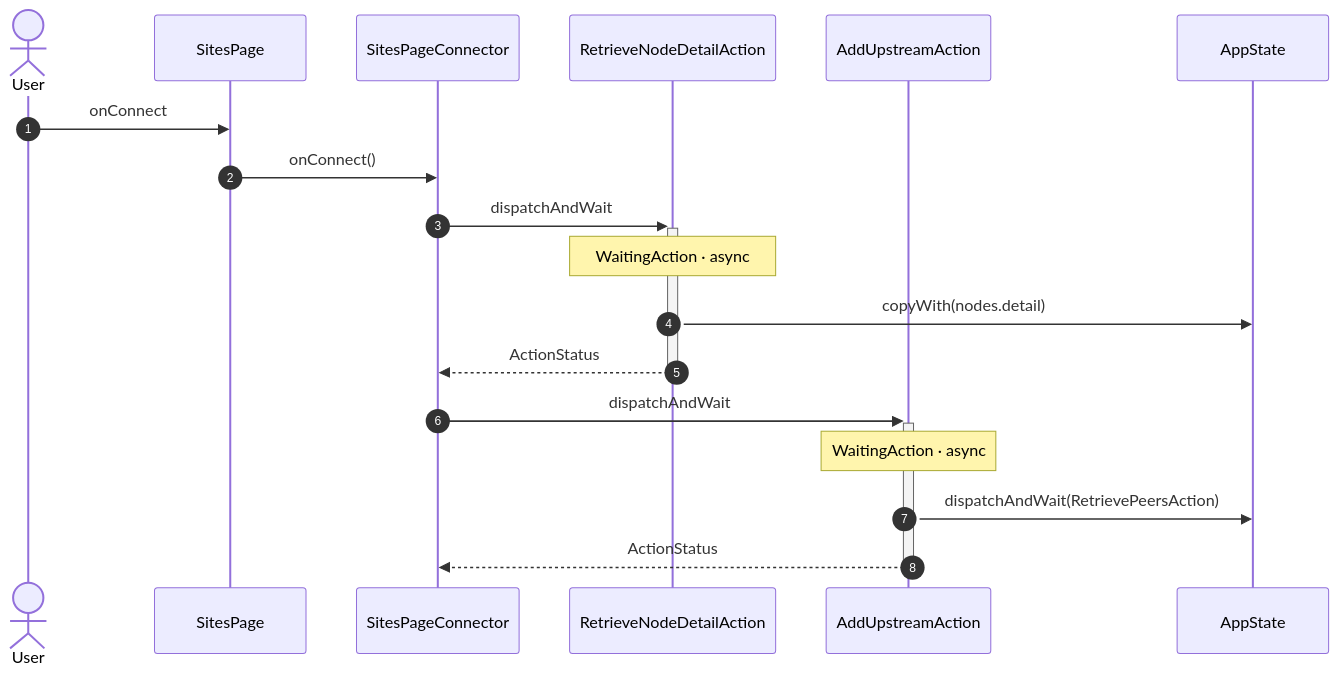
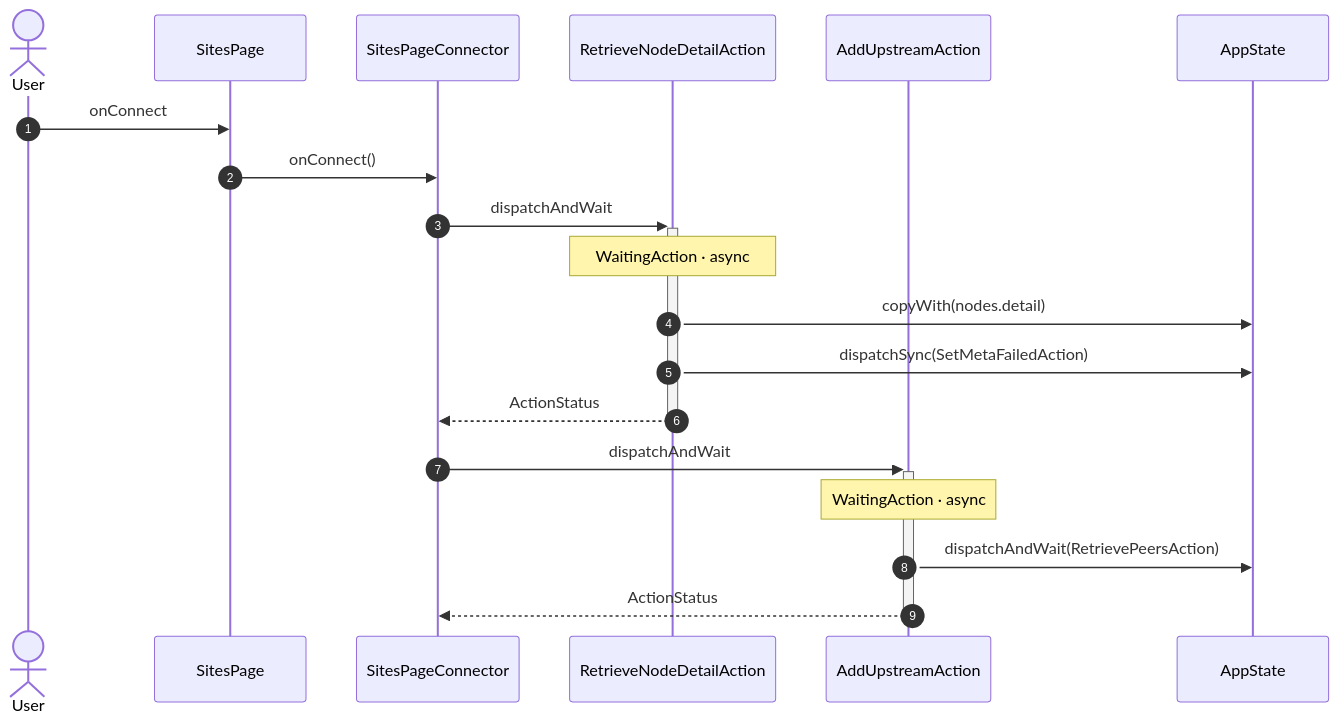
Before and after one commit to gencto/wyrm: the fifth of 8 diagrams in studio/docs/flows/sites.md, drawn with Mermaid. The commit also changed other lines of this file and 61 other files, not shown here.

````diff
--- a/studio/docs/flows/sites.md
+++ b/studio/docs/flows/sites.md
@@ -92,21 +92,22 @@
 ```mermaid
 sequenceDiagram
     autonumber
     actor User
     participant UI as SitesPage
     participant VM as SitesPageConnector
     participant A1 as RetrieveNodeDetailAction
     participant A2 as AddUpstreamAction
     participant ST as AppState
 
     User->>UI: onConnect
     UI->>VM: onConnect()
     VM->>+A1: dispatchAndWait
     Note over A1: WaitingAction · async
     A1->>ST: copyWith(nodes.detail)
+    A1->>ST: dispatchSync(SetMetaFailedAction)
     A1-->>-VM: ActionStatus
     VM->>+A2: dispatchAndWait
     Note over A2: WaitingAction · async
     A2->>ST: dispatchAndWait(RetrievePeersAction)
     A2-->>-VM: ActionStatus
 ```
````
